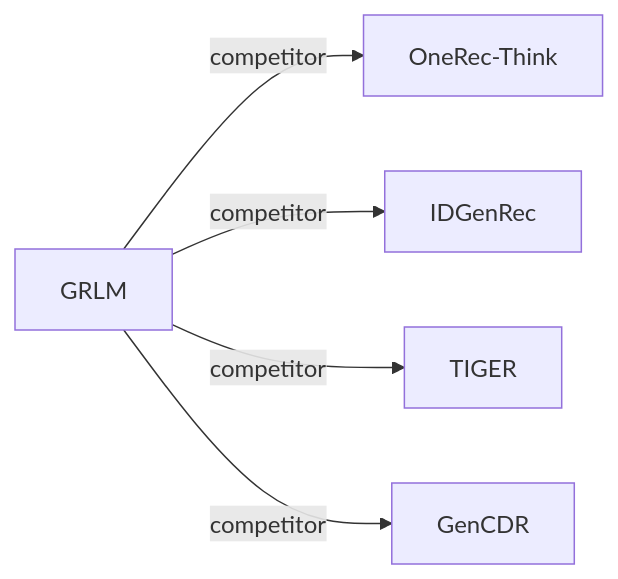
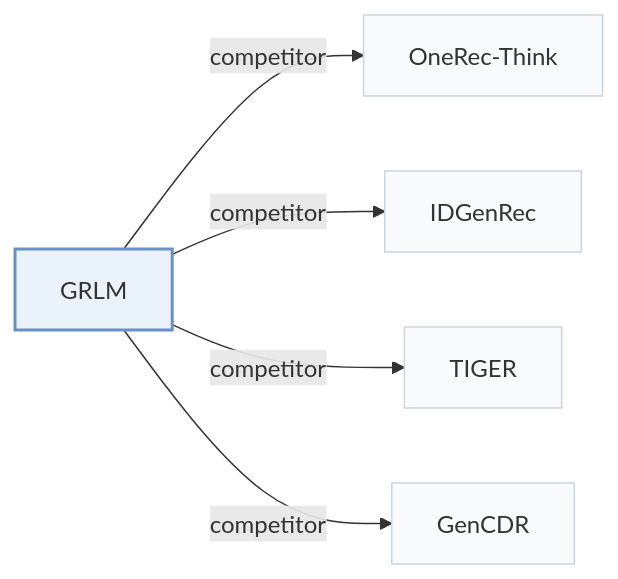
Before and after one commit to Galaxy-ghost/Awesome-SID-Generative-Rec: the third of 3 diagrams in pages/papers/grlm.md, drawn with Mermaid. The commit also changed other lines of this file and 649 other files, not shown here.

Commit message:
writer-05: also tags and modality index (schema, check, build, visuals); summary field removed; calibration data for 12 papers

````diff
--- a/pages/papers/grlm.md
+++ b/pages/papers/grlm.md
@@ -123,8 +142,12 @@
 ```mermaid
 flowchart LR
     P["GRLM"]
-    P -->|competitor| A["OneRec-Think"]
-    P -->|competitor| B["IDGenRec"]
-    P -->|competitor| C["TIGER"]
-    P -->|competitor| D["GenCDR"]
+    P -->|"competitor"| A["OneRec-Think"]
+    P -->|"competitor"| B["IDGenRec"]
+    P -->|"competitor"| C["TIGER"]
+    P -->|"competitor"| D["GenCDR"]
+    classDef main fill:#eaf2fb,stroke:#6b8fc7,stroke-width:2px
+    classDef peer fill:#f8fafc,stroke:#cbd5e1
+    class P main
+    class A,B,C,D peer
 ```
````
